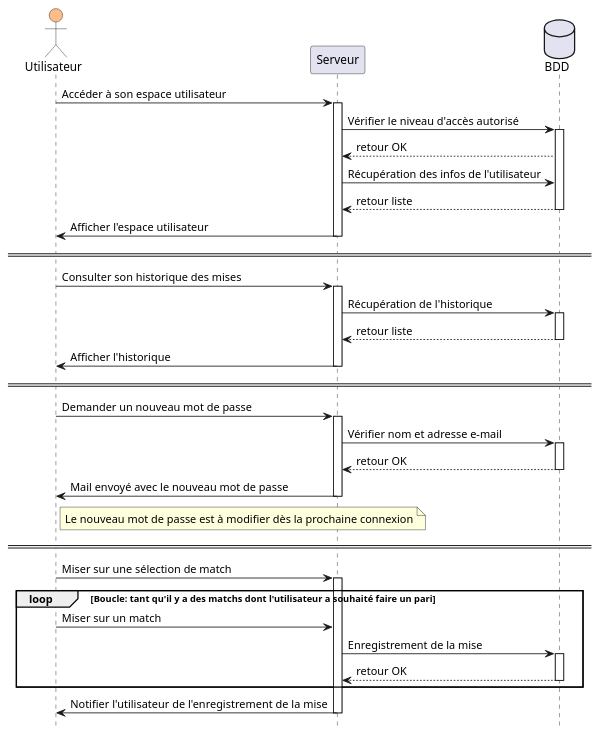
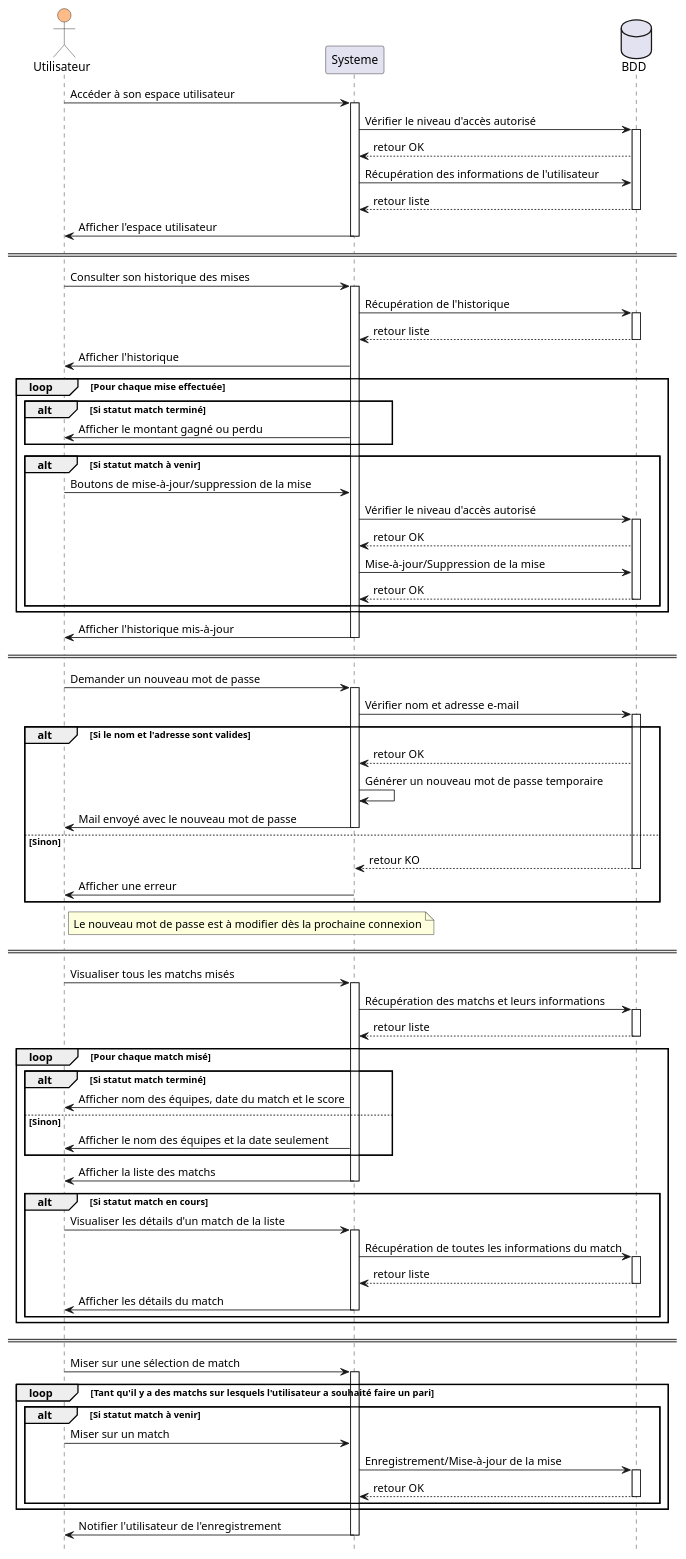
The second of 4 diagrams in #documents/OLD/Diagramme de sequence.OLD.md (kcdln/Smash-Bowl), drawn with PlantUML before and after one commit. The commit also changed other lines of this file and 1 other file, not shown here.

Commit message:
Add conditions & loops into sequential diagram

```diff
--- a/#documents/OLD/Diagramme de sequence.OLD.md
+++ b/#documents/OLD/Diagramme de sequence.OLD.md
@@ -69,47 +74,102 @@
 actor Utilisateur #ffbb88
 database BDD order 30
 
-Utilisateur -> Serveur ++ : Accéder à son espace utilisateur
+Utilisateur -> Systeme ++ : Accéder à son espace utilisateur
 
-Serveur -> BDD ++ : Vérifier le niveau d'accès autorisé
-BDD --> Serveur: retour OK
-Serveur -> BDD: Récupération des infos de l'utilisateur
-BDD --> Serveur -- : retour liste
+Systeme -> BDD ++ : Vérifier le niveau d'accès autorisé
+BDD --> Systeme: retour OK
+Systeme -> BDD: Récupération des informations de l'utilisateur
+BDD --> Systeme -- : retour liste
 
-Serveur -> Utilisateur -- : Afficher l'espace utilisateur
+Systeme -> Utilisateur -- : Afficher l'espace utilisateur
 
 == ==
 
-Utilisateur -> Serveur ++ : Consulter son historique des mises
+Utilisateur -> Systeme ++ : Consulter son historique des mises
 
-Serveur -> BDD ++ : Récupération de l'historique
-BDD --> Serveur -- : retour liste
+Systeme -> BDD ++ : Récupération de l'historique
+BDD --> Systeme -- : retour liste
 
-Serveur -> Utilisateur -- : Afficher l'historique
+Systeme -> Utilisateur : Afficher l'historique
+
+loop Pour chaque mise effectuée
+  alt Si statut match terminé
+    Systeme -> Utilisateur : Afficher le montant gagné ou perdu
+  end
+
+  alt Si statut match à venir
+    Utilisateur -> Systeme : Boutons de mise-à-jour/suppression de la mise
+
+    Systeme -> BDD ++ : Vérifier le niveau d'accès autorisé
+    BDD --> Systeme: retour OK
+    Systeme -> BDD: Mise-à-jour/Suppression de la mise
+    BDD --> Systeme -- : retour OK
+  end
+end loop
+
+Systeme -> Utilisateur -- : Afficher l'historique mis-à-jour
 
 == ==
 
-Utilisateur -> Serveur ++ : Demander un nouveau mot de passe
+Utilisateur -> Systeme ++ : Demander un nouveau mot de passe
 
-Serveur -> BDD ++ : Vérifier nom et adresse e-mail
-BDD --> Serveur -- : retour OK
+Systeme -> BDD ++ : Vérifier nom et adresse e-mail
 
-Serveur -> Utilisateur -- : Mail envoyé avec le nouveau mot de passe
+alt Si le nom et l'adresse sont valides
+  BDD --> Systeme : retour OK
+  Systeme -> Systeme : Générer un nouveau mot de passe temporaire
+
+  Systeme -> Utilisateur -- : Mail envoyé avec le nouveau mot de passe
+else Sinon
+  BDD --> Systeme -- : retour KO
+  Systeme -> Utilisateur : Afficher une erreur
+end
+
 note right of Utilisateur: Le nouveau mot de passe est à modifier dès la prochaine connexion
 
 == ==
 
-Utilisateur -> Serveur ++ : Miser sur une sélection de match
+Utilisateur -> Systeme ++ : Visualiser tous les matchs misés
 
-loop Boucle: tant qu'il y a des matchs dont l'utilisateur a souhaité faire un pari
+Systeme -> BDD ++ : Récupération des matchs et leurs informations
+BDD --> Systeme -- : retour liste
 
-Utilisateur -> Serveur : Miser sur un match
+loop Pour chaque match misé
+  alt Si statut match terminé
+    Systeme -> Utilisateur : Afficher nom des équipes, date du match et le score
+  else Sinon
+    Systeme -> Utilisateur : Afficher le nom des équipes et la date seulement
+  end
 
-Serveur -> BDD ++ : Enregistrement de la mise
-BDD --> Serveur -- : retour OK
+  Systeme -> Utilisateur -- : Afficher la liste des matchs
+
+
+  alt Si statut match en cours
+    Utilisateur -> Systeme ++ : Visualiser les détails d'un match de la liste
+
+    Systeme -> BDD ++ : Récupération de toutes les informations du match
+    BDD --> Systeme -- : retour liste
+
+    Systeme -> Utilisateur -- : Afficher les détails du match
+  end
+end loop
+
+== ==
+
+Utilisateur -> Systeme ++ : Miser sur une sélection de match
+
+loop Tant qu'il y a des matchs sur lesquels l'utilisateur a souhaité faire un pari
+
+alt Si statut match à venir
+  Utilisateur -> Systeme : Miser sur un match
+
+  Systeme -> BDD ++ : Enregistrement/Mise-à-jour de la mise
+  BDD --> Systeme -- : retour OK
+end
+
 
 end loop
 
-Serveur -> Utilisateur -- : Notifier l'utilisateur de l'enregistrement de la mise
+Systeme -> Utilisateur -- : Notifier l'utilisateur de l'enregistrement
 
 @enduml
```
